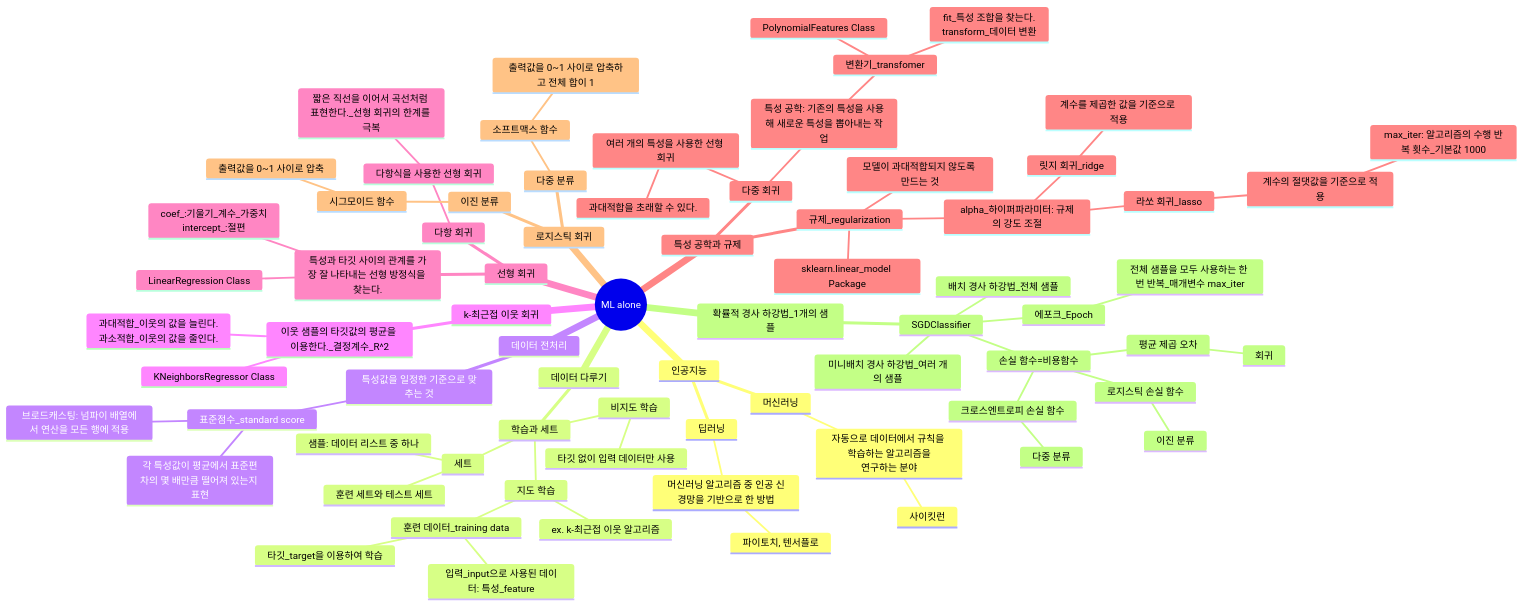
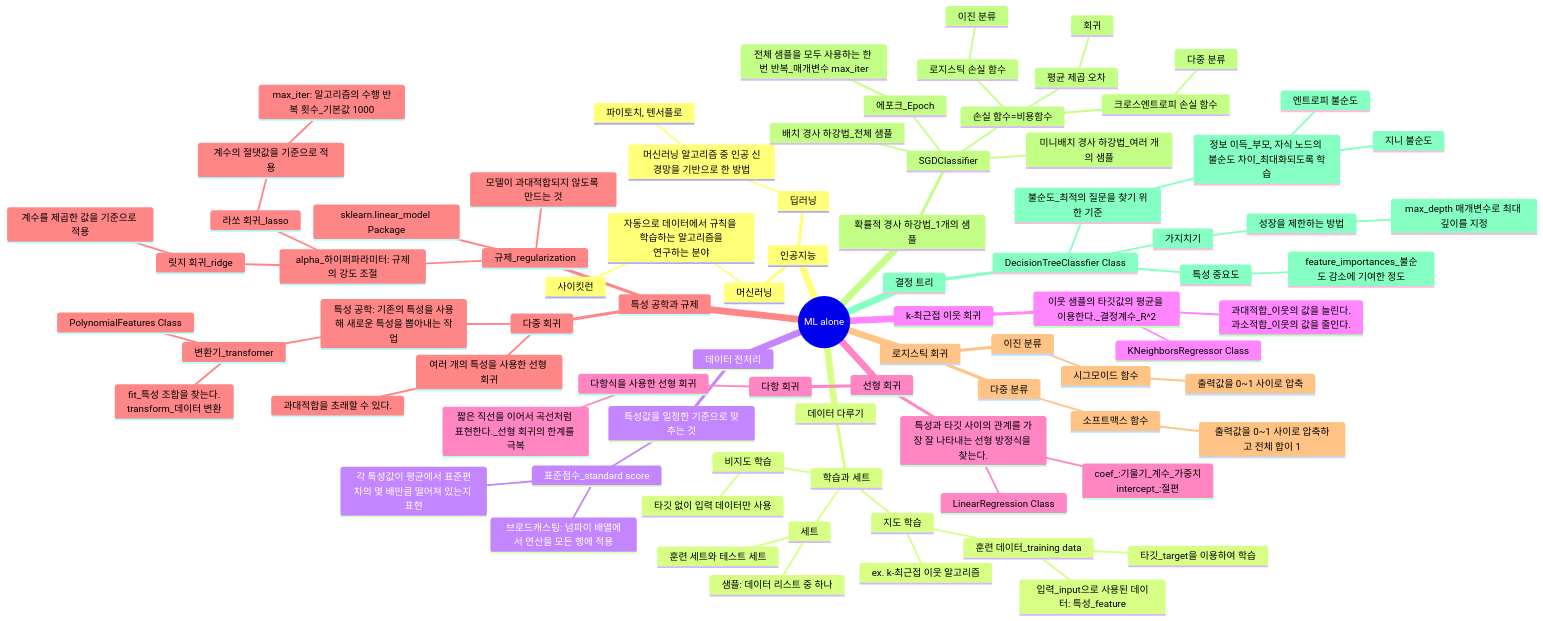
Before and after one commit to Jieun011211/ml-study-alone: the diagram in mindmap.md, drawn with Mermaid. The commit also changed 2 other files, not shown here.

Commit message:
05-1. 결정 트리

````diff
--- a/mindmap.md
+++ b/mindmap.md
@@ -73,5 +73,17 @@
             회귀
         에포크_Epoch
           전체 샘플을 모두 사용하는 한 번 반복_매개변수 max_iter
+    결정 트리
+      DecisionTreeClassfier Class
+        불순도_최적의 질문을 찾기 위한 기준
+          정보 이득_부모, 자식 노드의 불순도 차이_최대화되도록 학습
+            지니 불순도
+            엔트로피 불순도
+        가지치기
+          성장을 제한하는 방법
+            max_depth 매개변수로 최대 깊이를 지정
+        특성 중요도
+          feature_importances_불순도 감소에 기여한 정도
+      
 
 ```
````
